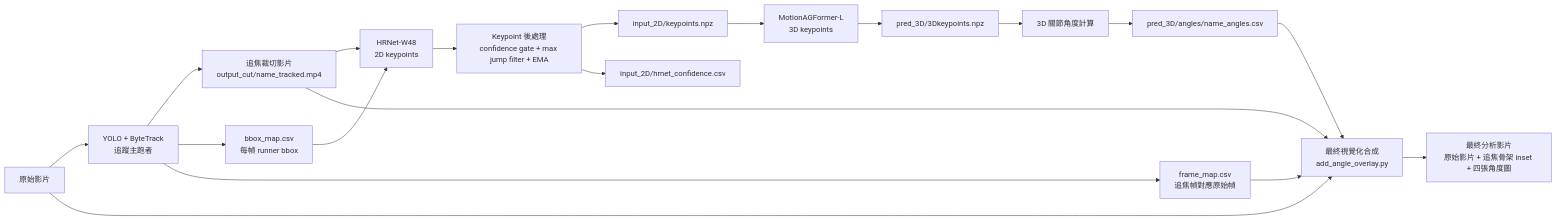
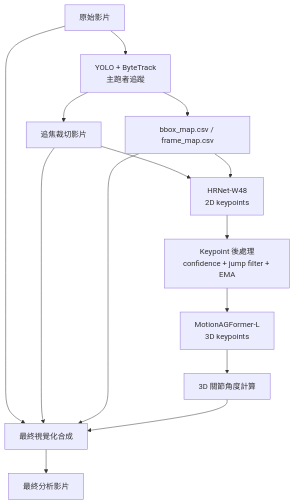
The first of 2 diagrams in 跑步測距_速_加速_角度.md (j37724614-lab/runner-analysis-pipeline), drawn with Mermaid before and after one commit. The commit also changed other lines of this file and 3 other files, not shown here.

````diff
--- a/跑步測距_速_加速_角度.md
+++ b/跑步測距_速_加速_角度.md
@@ -12,26 +12,19 @@
 ```mermaid
-flowchart LR
-    V["原始影片"] --> YOLO["YOLO + ByteTrack<br/>追蹤主跑者"]
-    YOLO --> CROP["追焦裁切影片<br/>output_cut/name_tracked.mp4"]
-    YOLO --> BMAP["bbox_map.csv<br/>每幀 runner bbox"]
-    YOLO --> FMAP["frame_map.csv<br/>追焦幀對應原始幀"]
+flowchart TD
+    V["原始影片"] --> Y["YOLO + ByteTrack<br/>主跑者追蹤"]
+    Y --> C["追焦裁切影片"]
+    Y --> MAP["bbox_map.csv / frame_map.csv"]
 
-    CROP --> HRNET["HRNet-W48<br/>2D keypoints"]
-    BMAP --> HRNET
+    C --> H["HRNet-W48<br/>2D keypoints"]
+    MAP --> H
 
-    HRNET --> POST["Keypoint 後處理<br/>confidence gate + max jump filter + EMA"]
-    POST --> K2D["input_2D/keypoints.npz"]
-    POST --> HCONF["input_2D/hrnet_confidence.csv"]
+    H --> S["Keypoint 後處理<br/>confidence + jump filter + EMA"]
+    S --> M["MotionAGFormer-L<br/>3D keypoints"]
+    M --> A["3D 關節角度計算"]
 
-    K2D --> MAG["MotionAGFormer-L<br/>3D keypoints"]
-    MAG --> K3D["pred_3D/3Dkeypoints.npz"]
-    K3D --> ANGLE["3D 關節角度計算"]
-    ANGLE --> ACSV["pred_3D/angles/name_angles.csv"]
-
-    V --> VIS["最終視覺化合成<br/>add_angle_overlay.py"]
-    CROP --> VIS
-    FMAP --> VIS
-    ACSV --> VIS
-
-    VIS --> OUT["最終分析影片<br/>原始影片 + 追焦骨架 inset + 四張角度圖"]
+    V --> O["最終視覺化合成"]
+    C --> O
+    MAP --> O
+    A --> O
+    O --> OUT["最終分析影片"]
 ```
````
